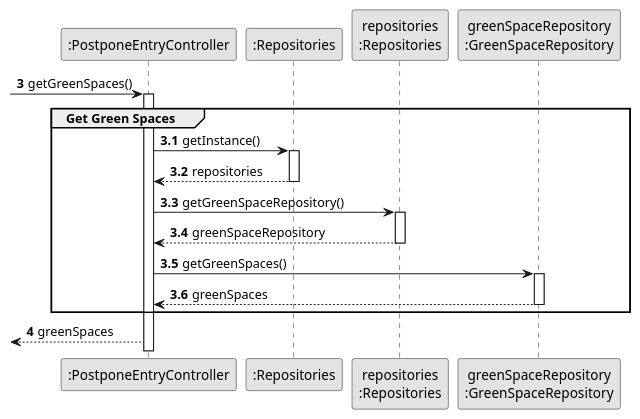
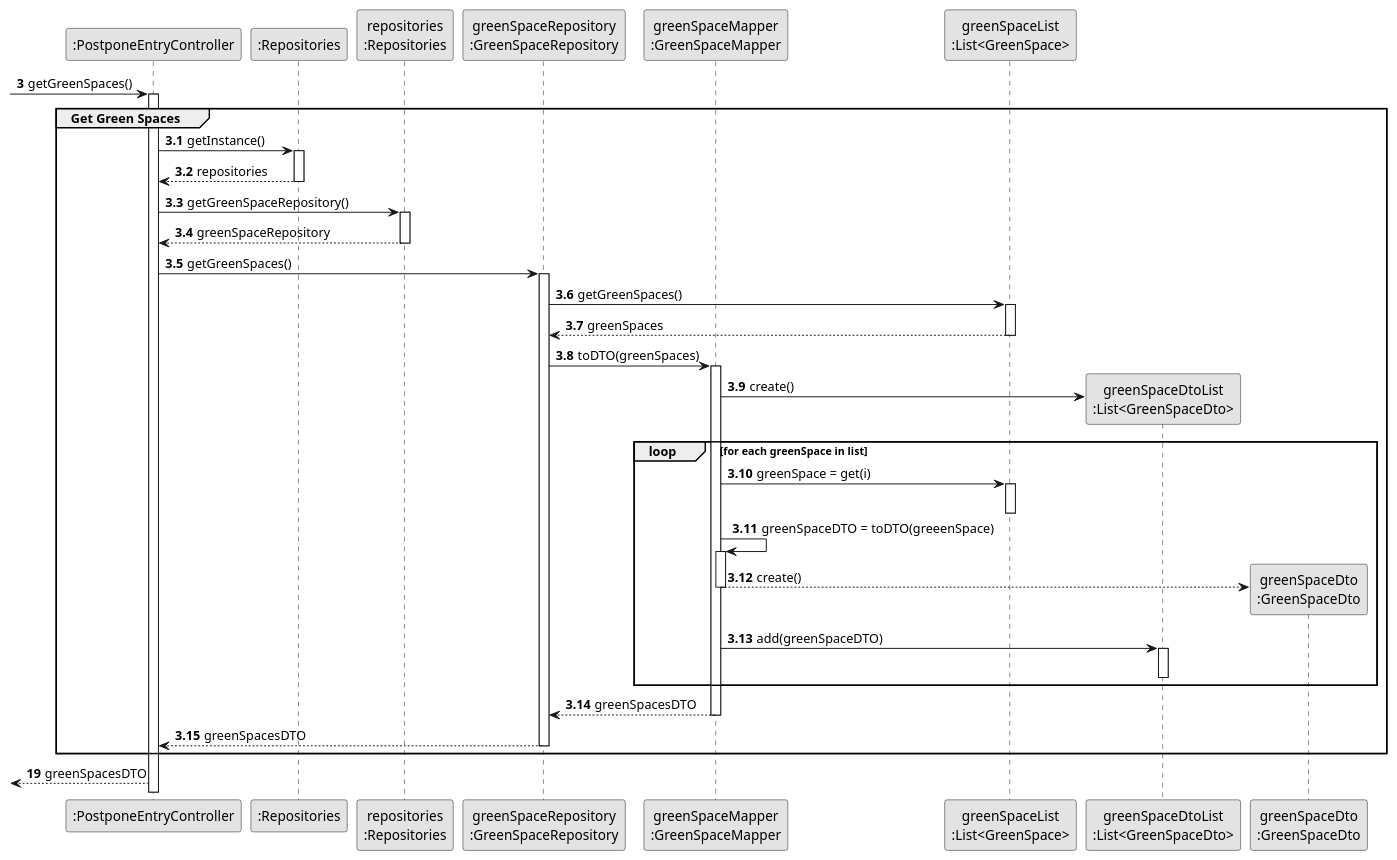
One commit to Departamento-de-Engenharia-Informatica/lei-24-s2-1dm-g132 changed the diagram in docs/sprintC/us024/03.design/puml/us024-sequence-diagram-partial-get-green-spaces.puml. Above: the diagram before and after it, drawn with PlantUML. The commit also changed 3 other files, not shown here.

Commit message:
US24 added DTOs to sequence diagrams

```diff
--- a/docs/sprintC/us024/03.design/puml/us024-sequence-diagram-partial-get-green-spaces.puml
+++ b/docs/sprintC/us024/03.design/puml/us024-sequence-diagram-partial-get-green-spaces.puml
@@ -1,40 +1,76 @@
 @startuml
 skinparam monochrome true
 skinparam packageStyle rectangle
 skinparam shadowing false
 
 participant ":PostponeEntryController" as CTRL
 participant ":Repositories" as RepositorySingleton
 participant "repositories\n:Repositories" as PLAT
 participant "greenSpaceRepository\n:GreenSpaceRepository" as GreenSpaceRepository
+participant "greenSpaceMapper\n:GreenSpaceMapper" as GreenSpaceMapper
+participant "greenSpaceList\n:List<GreenSpace>" as GreenSpaceList
+participant "greenSpaceDtoList\n:List<GreenSpaceDto>" as GreenSpaceDtoList
+participant "greenSpaceDto\n:GreenSpaceDto" as GreenSpaceDto
 
 autonumber 3
 -> CTRL : getGreenSpaces()
 
 autonumber 3.1
 
 activate CTRL
     group Get Green Spaces
            CTRL -> RepositorySingleton : getInstance()
            activate RepositorySingleton
 
            RepositorySingleton --> CTRL: repositories
            deactivate RepositorySingleton
 
            CTRL -> PLAT : getGreenSpaceRepository()
            activate PLAT
 
            PLAT --> CTRL: greenSpaceRepository
            deactivate PLAT
 
            CTRL -> GreenSpaceRepository : getGreenSpaces()
            activate GreenSpaceRepository
 
-           GreenSpaceRepository --> CTRL : greenSpaces
+           GreenSpaceRepository -> GreenSpaceList : getGreenSpaces()
+           activate GreenSpaceList
+
+           GreenSpaceList --> GreenSpaceRepository : greenSpaces
+           deactivate GreenSpaceList
+
+           GreenSpaceRepository -> GreenSpaceMapper : toDTO(greenSpaces)
+           activate GreenSpaceMapper
+
+           GreenSpaceMapper -> GreenSpaceDtoList ** : create()
+
+           loop for each greenSpace in list
+           GreenSpaceMapper -> GreenSpaceList : greenSpace = get(i)
+           activate GreenSpaceList
+
+           deactivate GreenSpaceList
+
+           GreenSpaceMapper -> GreenSpaceMapper : greenSpaceDTO = toDTO(greeenSpace)
+           activate GreenSpaceMapper
+
+           GreenSpaceMapper --> GreenSpaceDto ** : create()
+           deactivate GreenSpaceMapper
+
+           GreenSpaceMapper -> GreenSpaceDtoList : add(greenSpaceDTO)
+           activate GreenSpaceDtoList
+           deactivate GreenSpaceDtoList
+
+           end
+
+           GreenSpaceMapper --> GreenSpaceRepository : greenSpacesDTO
+           deactivate GreenSpaceMapper
+
+           GreenSpaceRepository --> CTRL : greenSpacesDTO
            deactivate GreenSpaceRepository
 
 end group
-autonumber 4
-<-- CTRL : greenSpaces
+autonumber 19
+<-- CTRL : greenSpacesDTO
 
 @enduml
```
